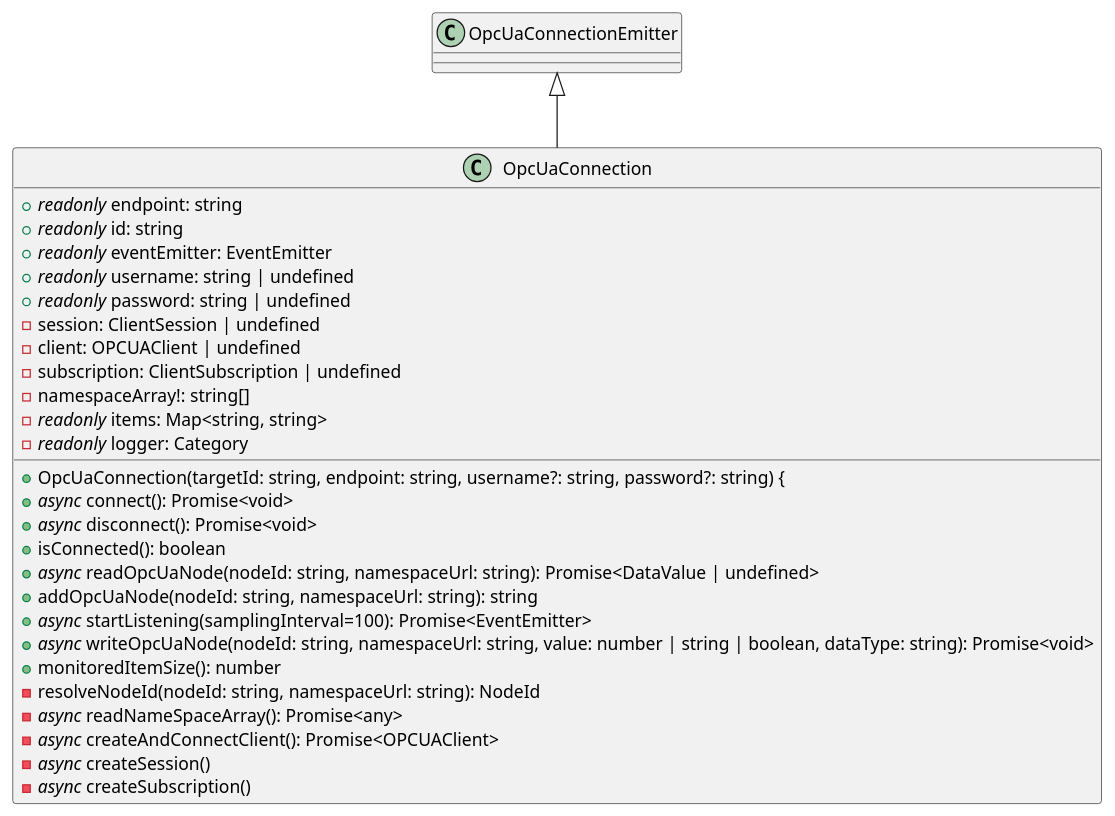
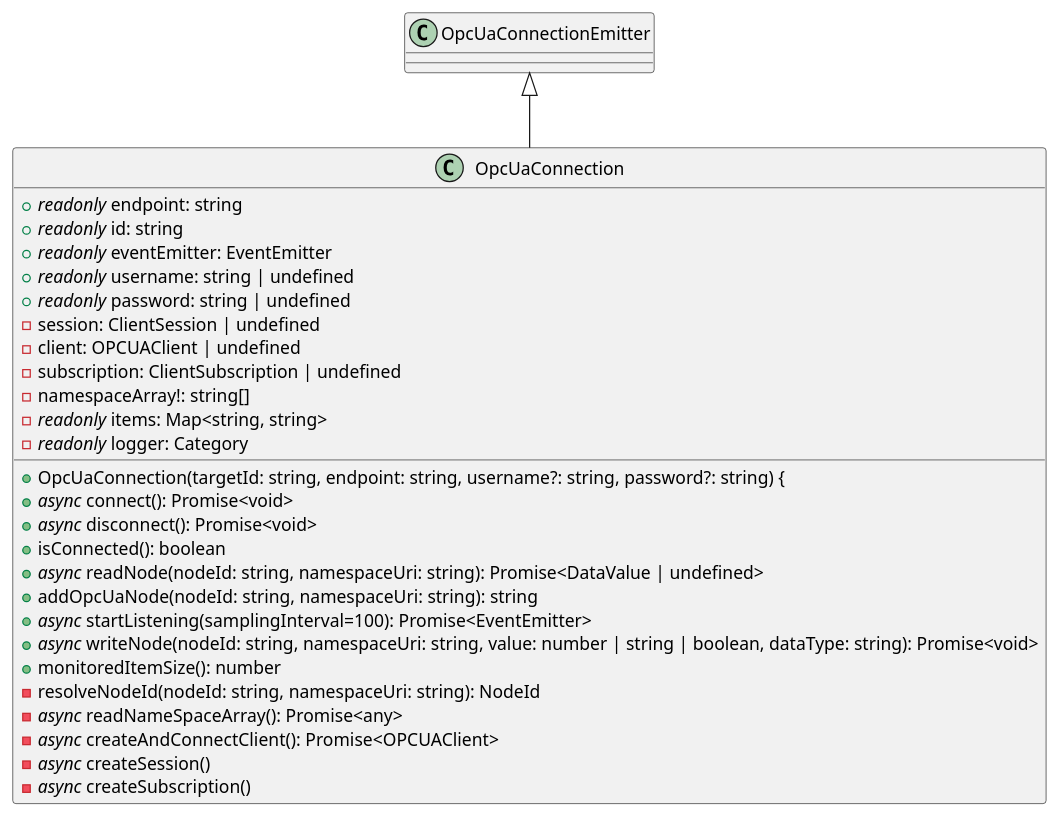
Before and after one commit to p2o-lab/polaris-backend: the diagram in src/modularPlantManager/pea/connection/OpcUaConnection.puml, drawn with PlantUML. The commit also changed 148 other files, not shown here.

```diff
--- a/src/modularPlantManager/pea/connection/OpcUaConnection.puml
+++ b/src/modularPlantManager/pea/connection/OpcUaConnection.puml
@@ -1,34 +1,34 @@
 @startuml
 'https://plantuml.com/class-diagram
 
 class OpcUaConnection{
 	+ //readonly// endpoint: string
 	+ //readonly// id: string
 	+ //readonly// eventEmitter: EventEmitter
 	+ //readonly// username: string | undefined
     + //readonly// password: string | undefined
 	- session: ClientSession | undefined
 	- client: OPCUAClient | undefined
 	- subscription: ClientSubscription | undefined
 	- namespaceArray!: string[]
 	- //readonly// items: Map<string, string>
 	- //readonly// logger: Category
 
 	+ OpcUaConnection(targetId: string, endpoint: string, username?: string, password?: string) {
 	+ //async// connect(): Promise<void>
     + //async// disconnect(): Promise<void>
     + isConnected(): boolean
-    + //async// readOpcUaNode(nodeId: string, namespaceUrl: string): Promise<DataValue | undefined>
-    + addOpcUaNode(nodeId: string, namespaceUrl: string): string
+    + //async// readNode(nodeId: string, namespaceUri: string): Promise<DataValue | undefined>
+    + addOpcUaNode(nodeId: string, namespaceUri: string): string
     + //async// startListening(samplingInterval=100): Promise<EventEmitter>
-    + //async// writeOpcUaNode(nodeId: string, namespaceUrl: string, value: number | string | boolean, dataType: string): Promise<void>
+    + //async// writeNode(nodeId: string, namespaceUri: string, value: number | string | boolean, dataType: string): Promise<void>
     + monitoredItemSize(): number
-    - resolveNodeId(nodeId: string, namespaceUrl: string): NodeId
+    - resolveNodeId(nodeId: string, namespaceUri: string): NodeId
     - //async// readNameSpaceArray(): Promise<any>
     - //async// createAndConnectClient(): Promise<OPCUAClient>
     - //async// createSession()
     - //async// createSubscription()
 }
 OpcUaConnectionEmitter <|-- OpcUaConnection
 
 @enduml
```
